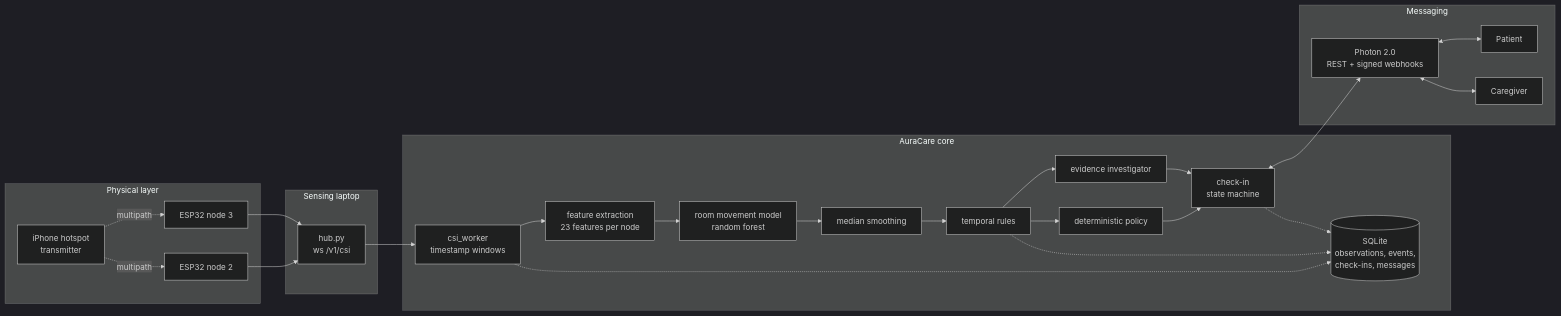
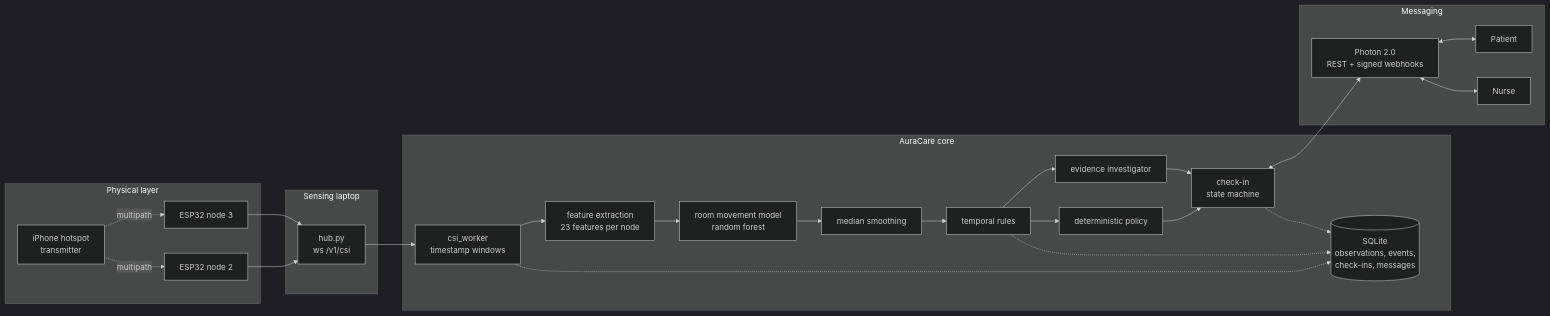
The first of 2 diagrams in README.md (NullPranaya/WiCare), drawn with Mermaid (dark theme) before and after one commit. The commit also changed other lines of this file and 121 other files, not shown here.

````diff
--- a/README.md
+++ b/README.md
@@ -85,31 +99,31 @@
 ```mermaid
 flowchart LR
     subgraph RF["Physical layer"]
         TX[iPhone hotspot<br/>transmitter] -. multipath .-> N2[ESP32 node 2]
         TX -. multipath .-> N3[ESP32 node 3]
     end
     subgraph EDGE["Sensing laptop"]
         N2 --> HUB[hub.py<br/>ws /v1/csi]
         N3 --> HUB
     end
     subgraph CORE["AuraCare core"]
         HUB --> W[csi_worker<br/>timestamp windows]
         W --> F[feature extraction<br/>23 features per node]
         F --> M[room movement model<br/>random forest]
         M --> S[median smoothing]
         S --> D[temporal rules]
         D --> P[deterministic policy]
         P --> C[check-in<br/>state machine]
         D --> I[evidence investigator]
         I --> C
         DB[(SQLite<br/>observations, events,<br/>check-ins, messages)]
         W -.-> DB
         D -.-> DB
         C -.-> DB
     end
     subgraph MSG["Messaging"]
         C <--> PH[Photon 2.0<br/>REST + signed webhooks]
         PH <--> PT[Patient]
-        PH <--> CG[Caregiver]
+        PH <--> CG[Nurse]
     end
 ```
````
